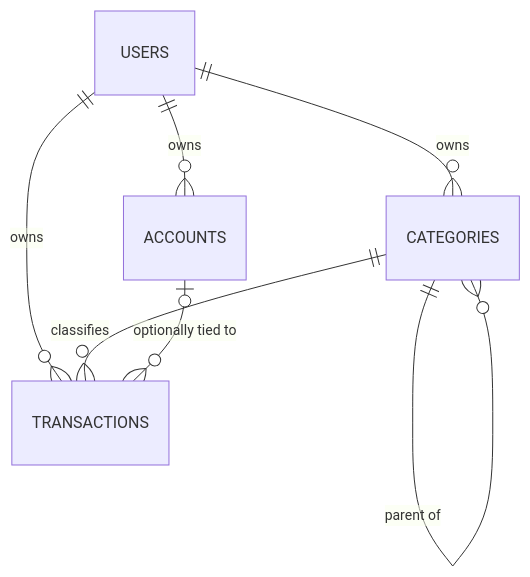
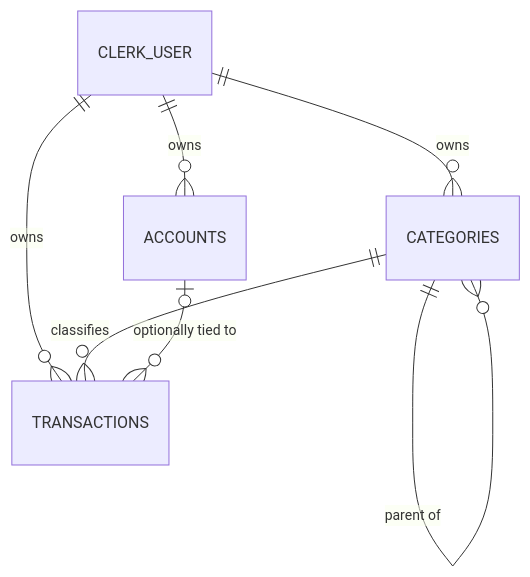
Before and after one commit to itzjmbruhhh/Balansi: the diagram in context/SCHEMA.md, drawn with Mermaid. The commit also changed other lines of this file, not shown here.

Commit message:
Planning: updated SCHEMA.md, Clerk user_id handling, RLS policies.

````diff
--- a/context/SCHEMA.md
+++ b/context/SCHEMA.md
@@ -12,9 +13,9 @@
 ```mermaid
 erDiagram
-    USERS ||--o{ ACCOUNTS : owns
-    USERS ||--o{ CATEGORIES : owns
-    USERS ||--o{ TRANSACTIONS : owns
+    CLERK_USER ||--o{ ACCOUNTS : owns
+    CLERK_USER ||--o{ CATEGORIES : owns
+    CLERK_USER ||--o{ TRANSACTIONS : owns
     CATEGORIES ||--o{ CATEGORIES : "parent of"
     CATEGORIES ||--o{ TRANSACTIONS : classifies
     ACCOUNTS |o--o{ TRANSACTIONS : "optionally tied to"
 ```
````
